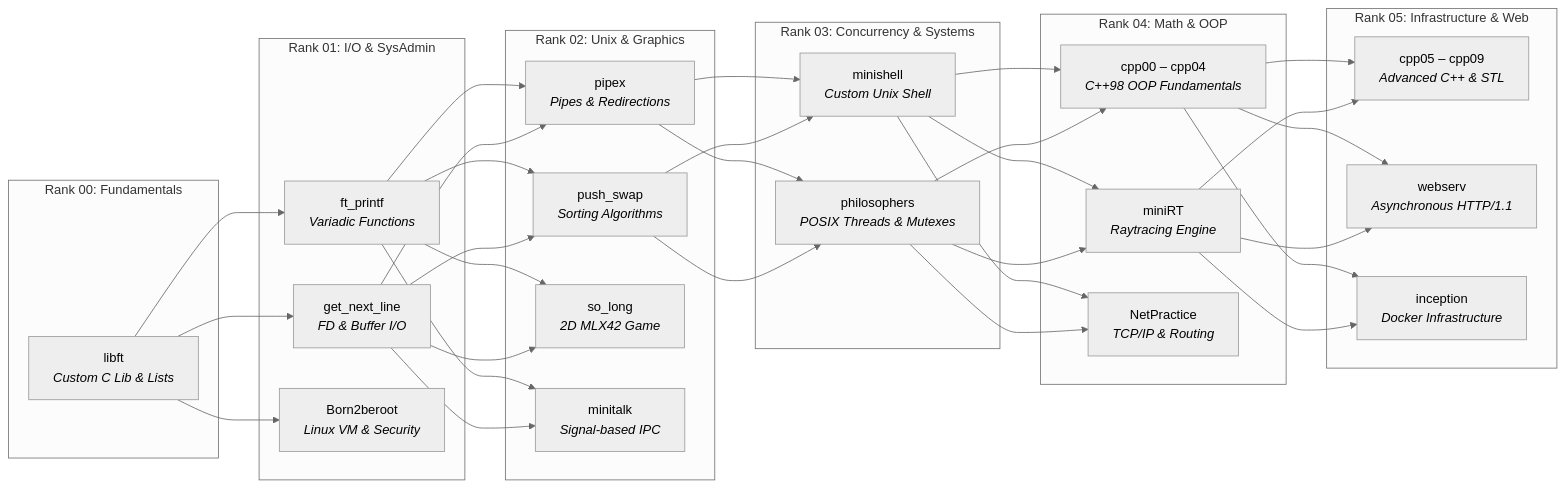
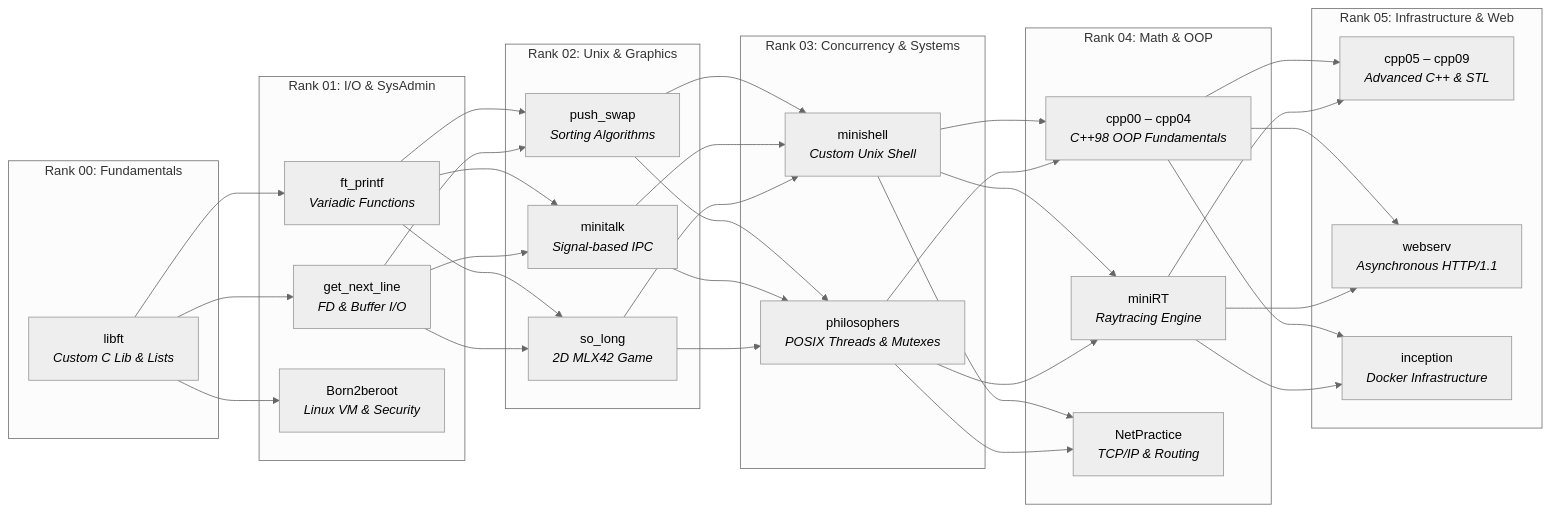
One commit to bababxxm/42-School changed the diagram in README.md. Above: the diagram before and after it, drawn with Mermaid (neutral theme). The commit also changed other lines of this file and 68 other files, not shown here.

````diff
--- a/README.md
+++ b/README.md
@@ -71,42 +71,41 @@
 ```mermaid
 flowchart LR
     subgraph Circle00 ["Rank 00: Fundamentals"]
         libft["libft<br/><i>Custom C Lib & Lists</i>"]
     end
 
     subgraph Circle01 ["Rank 01: I/O & SysAdmin"]
         printf["ft_printf<br/><i>Variadic Functions</i>"]
         gnl["get_next_line<br/><i>FD & Buffer I/O</i>"]
         b2br["Born2beroot<br/><i>Linux VM & Security</i>"]
     end
 
     subgraph Circle02 ["Rank 02: Unix & Graphics"]
-        pipex["pipex<br/><i>Pipes & Redirections</i>"]
         push_swap["push_swap<br/><i>Sorting Algorithms</i>"]
         so_long["so_long<br/><i>2D MLX42 Game</i>"]
         minitalk["minitalk<br/><i>Signal-based IPC</i>"]
     end
 
     subgraph Circle03 ["Rank 03: Concurrency & Systems"]
         minishell["minishell<br/><i>Custom Unix Shell</i>"]
         philo["philosophers<br/><i>POSIX Threads & Mutexes</i>"]
     end
 
     subgraph Circle04 ["Rank 04: Math & OOP"]
         cpp00_04["cpp00 – cpp04<br/><i>C++98 OOP Fundamentals</i>"]
         miniRT["miniRT<br/><i>Raytracing Engine</i>"]
         netpractice["NetPractice<br/><i>TCP/IP & Routing</i>"]
     end
 
     subgraph Circle05 ["Rank 05: Infrastructure & Web"]
         cpp05_09["cpp05 – cpp09<br/><i>Advanced C++ & STL</i>"]
         webserv["webserv<br/><i>Asynchronous HTTP/1.1</i>"]
         inception["inception<br/><i>Docker Infrastructure</i>"]
     end
 
     libft --> printf & gnl & b2br
-    printf & gnl --> pipex & push_swap & so_long & minitalk
-    pipex & push_swap --> minishell & philo
+    printf & gnl --> push_swap & so_long & minitalk
+    push_swap & minitalk & so_long --> minishell & philo
     minishell & philo --> cpp00_04 & miniRT & netpractice
     cpp00_04 & miniRT --> cpp05_09 & webserv & inception
 ```
````
